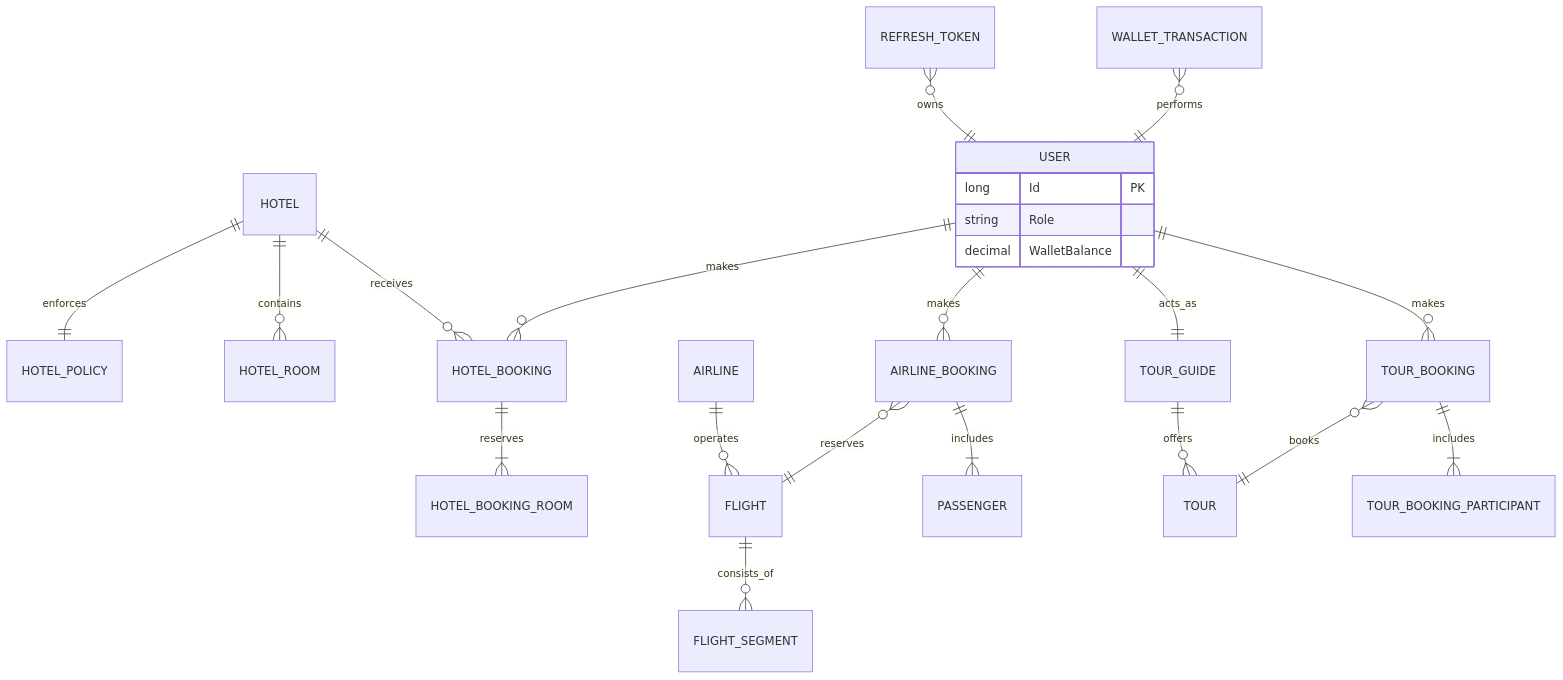
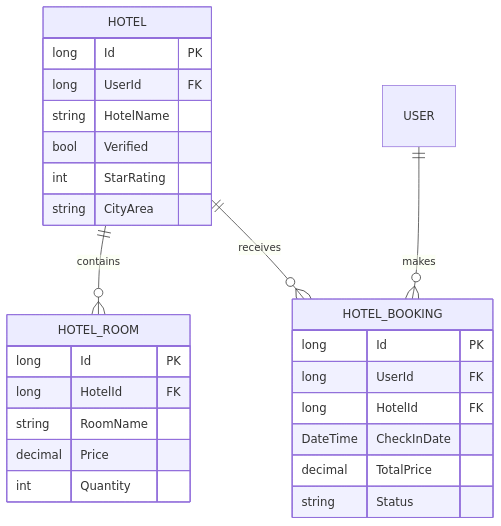
Before and after one commit to abdelrahmansaeed19/StayFly: the third of 12 diagrams in docs/System_Analysis_and_Design.md, drawn with Mermaid. The commit also changed other lines of this file, not shown here.

````diff
--- a/docs/System_Analysis_and_Design.md
+++ b/docs/System_Analysis_and_Design.md
@@ -86,33 +110,30 @@
 ```mermaid
 erDiagram
-    %% Core Auth & User
-    USER {
+    HOTEL {
         long Id PK
-        string Role
-        decimal WalletBalance
+        long UserId FK
+        string HotelName
+        bool Verified
+        int StarRating
+        string CityArea
     }
-    REFRESH_TOKEN }o--|| USER : owns
-    WALLET_TRANSACTION }o--|| USER : performs
-
-    %% Hotel Module
-    HOTEL ||--|| HOTEL_POLICY : enforces
+    HOTEL_ROOM {
+        long Id PK
+        long HotelId FK
+        string RoomName
+        decimal Price
+        int Quantity
+    }
+    HOTEL_BOOKING {
+        long Id PK
+        long UserId FK
+        long HotelId FK
+        DateTime CheckInDate
+        decimal TotalPrice
+        string Status
+    }
     HOTEL ||--o{ HOTEL_ROOM : contains
     HOTEL ||--o{ HOTEL_BOOKING : receives
     USER ||--o{ HOTEL_BOOKING : makes
-    HOTEL_BOOKING ||--|{ HOTEL_BOOKING_ROOM : reserves
-
-    %% Airline Module
-    AIRLINE ||--o{ FLIGHT : operates
-    FLIGHT ||--o{ FLIGHT_SEGMENT : consists_of
-    USER ||--o{ AIRLINE_BOOKING : makes
-    AIRLINE_BOOKING }o--|| FLIGHT : reserves
-    AIRLINE_BOOKING ||--|{ PASSENGER : includes
-
-    %% Tour Guide Module
-    TOUR_GUIDE ||--o{ TOUR : offers
-    USER ||--|| TOUR_GUIDE : acts_as
-    USER ||--o{ TOUR_BOOKING : makes
-    TOUR_BOOKING }o--|| TOUR : books
-    TOUR_BOOKING ||--|{ TOUR_BOOKING_PARTICIPANT : includes
 
 ```
````
